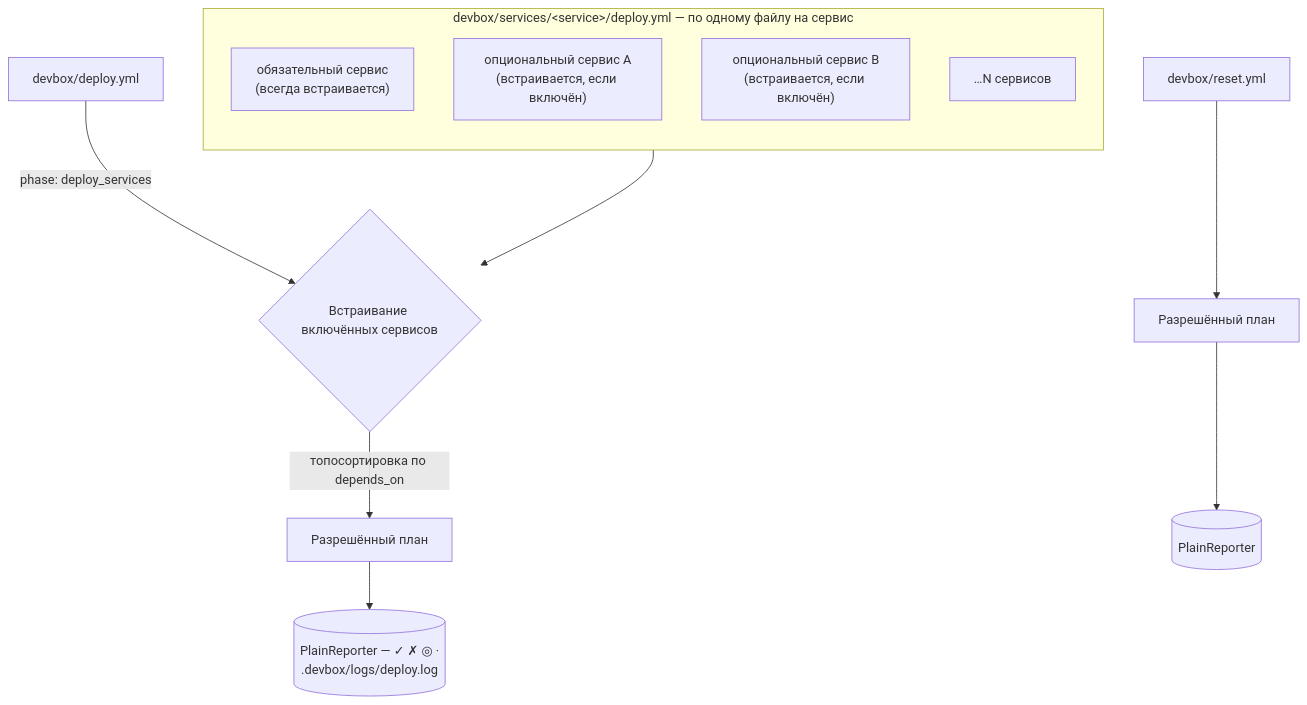
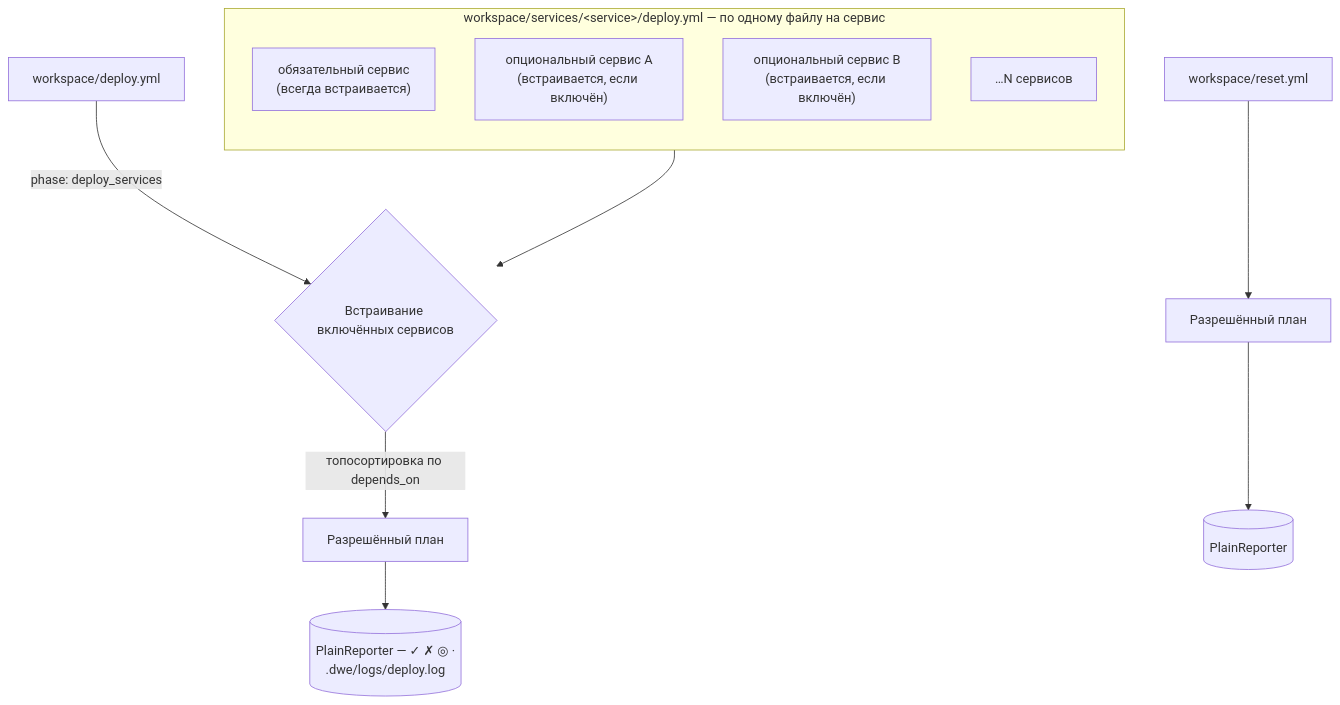
Before and after one commit to semsemyonoff/dwe: the diagram in docs/i18n/ru/reference/config/deploy/index.md, drawn with Mermaid. The commit also changed other lines of this file and 113 other files, not shown here.

First line of the commit message:
feat: Phase 4a+4b — update EN and RU docs for devbox→dwe rebrand

````diff
--- a/docs/i18n/ru/reference/config/deploy/index.md
+++ b/docs/i18n/ru/reference/config/deploy/index.md
@@ -45,18 +45,18 @@
 ```mermaid
 flowchart TB
-  D[devbox/deploy.yml] -->|phase: deploy_services| INL{Встраивание включённых сервисов}
+  D[workspace/deploy.yml] -->|phase: deploy_services| INL{Встраивание включённых сервисов}
 
-  subgraph svc["devbox/services/&lt;service&gt;/deploy.yml — по одному файлу на сервис"]
+  subgraph svc["workspace/services/&lt;service&gt;/deploy.yml — по одному файлу на сервис"]
     direction TB
     S1["обязательный сервис<br/>(всегда встраивается)"]
     S2["опциональный сервис A<br/>(встраивается, если включён)"]
     S3["опциональный сервис B<br/>(встраивается, если включён)"]
     SN["…N сервисов"]
   end
 
   svc --> INL
   INL -->|топосортировка по depends_on| PLAN[Разрешённый план]
-  PLAN --> RUN[(PlainReporter — ✓ ✗ ◎ ·<br/>.devbox/logs/deploy.log)]
+  PLAN --> RUN[(PlainReporter — ✓ ✗ ◎ ·<br/>.dwe/logs/deploy.log)]
 
-  R[devbox/reset.yml] --> RPLAN[Разрешённый план] --> RUN2[(PlainReporter)]
+  R[workspace/reset.yml] --> RPLAN[Разрешённый план] --> RUN2[(PlainReporter)]
 ```
````
